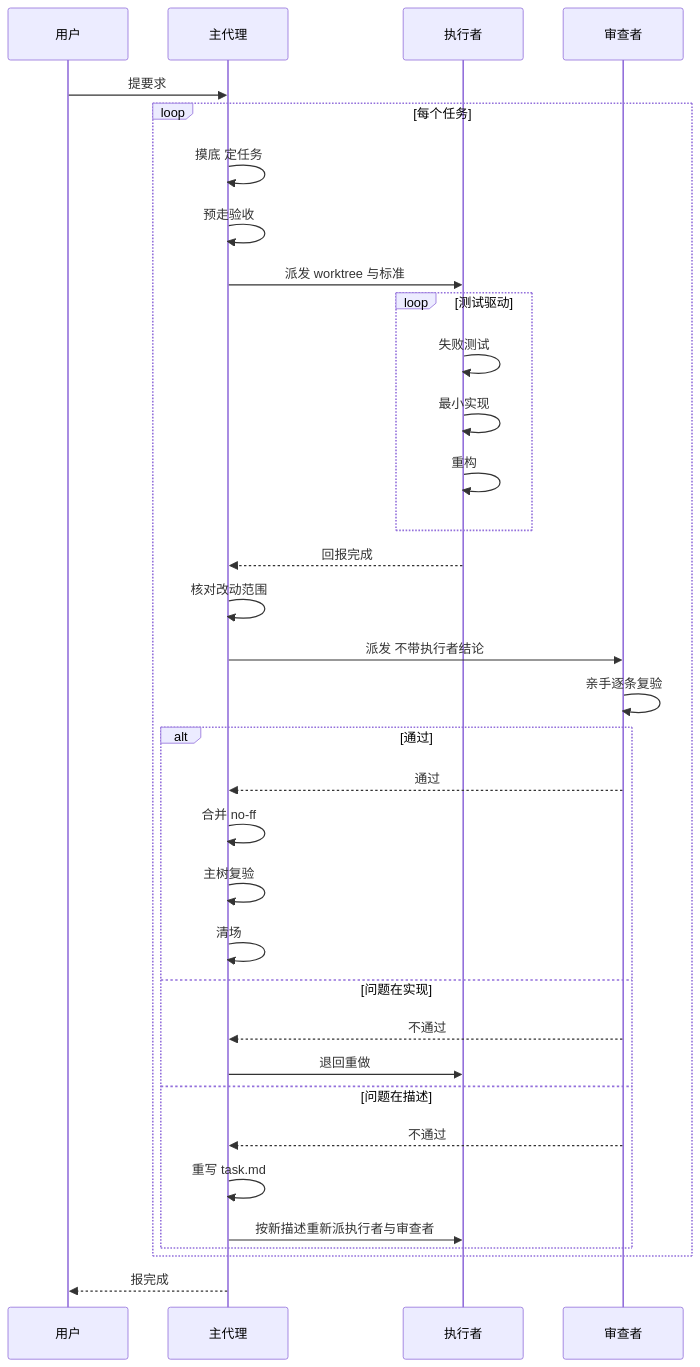
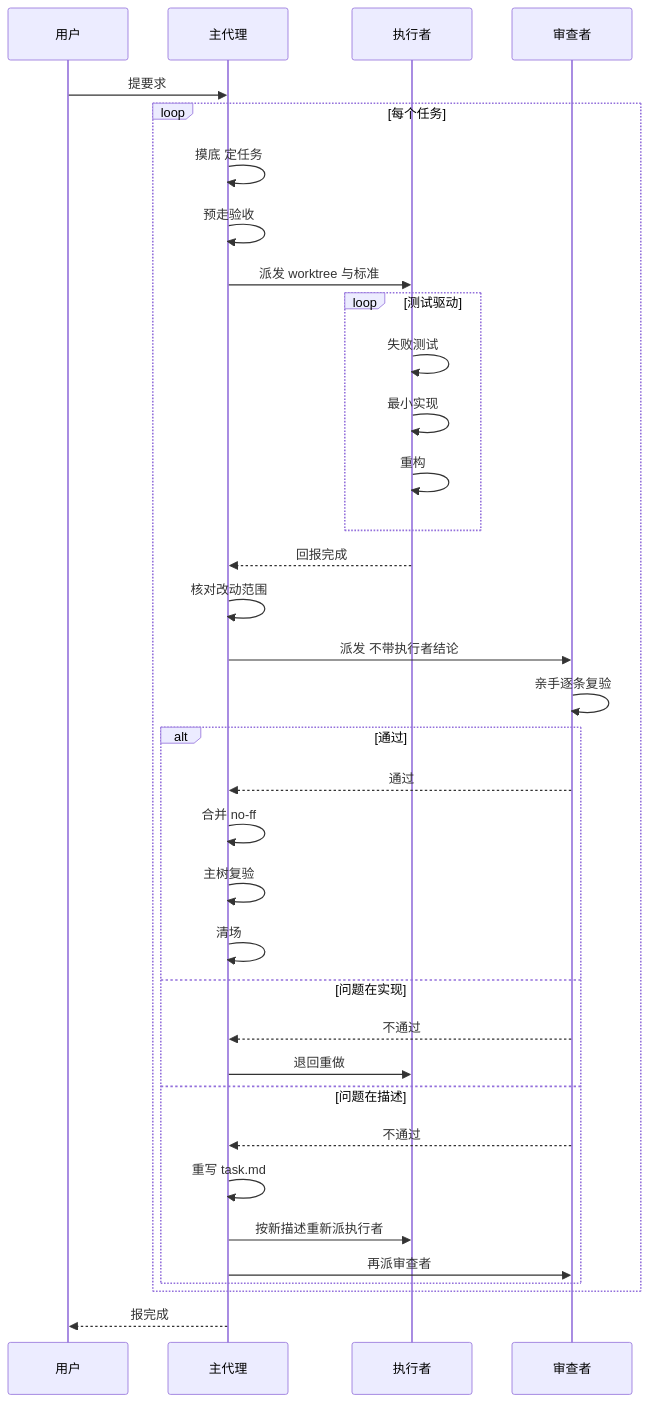
One commit to alexcdever/pipeline changed the diagram in SKILL.md. Above: the diagram before and after it, drawn with Mermaid. The commit also changed other lines of this file and 2 other files, not shown here.

````diff
--- a/SKILL.md
+++ b/SKILL.md
@@ -159,36 +159,37 @@
 ```mermaid
 sequenceDiagram
   participant U as 用户
   participant M as 主代理
   participant E as 执行者
   participant R as 审查者
   U->>M: 提要求
   loop 每个任务
     M->>M: 摸底 定任务
     M->>M: 预走验收
     M->>E: 派发 worktree 与标准
     loop 测试驱动
       E->>E: 失败测试
       E->>E: 最小实现
       E->>E: 重构
     end
     E-->>M: 回报完成
     M->>M: 核对改动范围
     M->>R: 派发 不带执行者结论
     R->>R: 亲手逐条复验
     alt 通过
       R-->>M: 通过
       M->>M: 合并 no-ff
       M->>M: 主树复验
       M->>M: 清场
     else 问题在实现
       R-->>M: 不通过
       M->>E: 退回重做
     else 问题在描述
       R-->>M: 不通过
       M->>M: 重写 task.md
-      M->>E: 按新描述重新派执行者与审查者
+      M->>E: 按新描述重新派执行者
+      M->>R: 再派审查者
     end
   end
   M-->>U: 报完成
 ```
````
